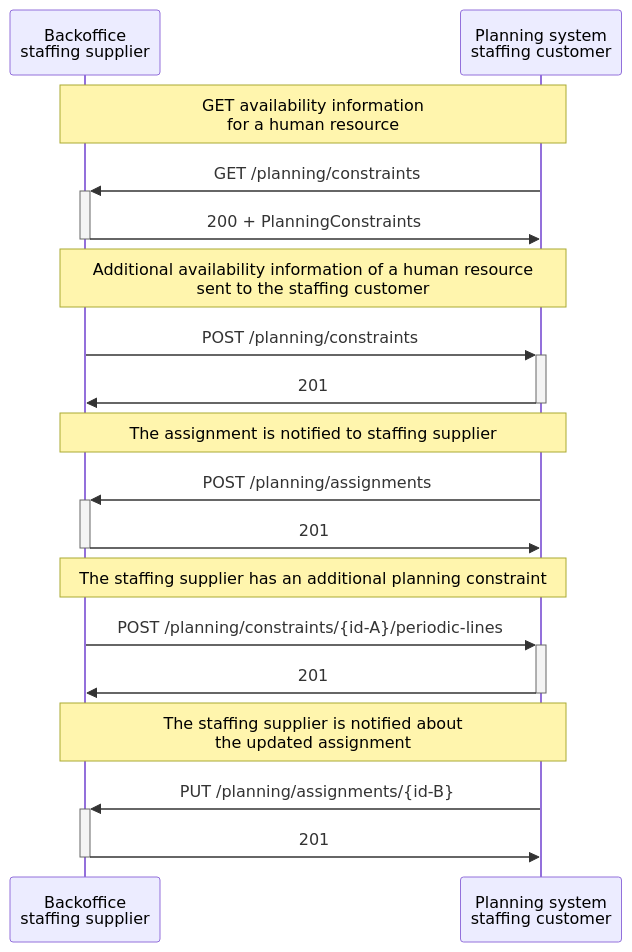
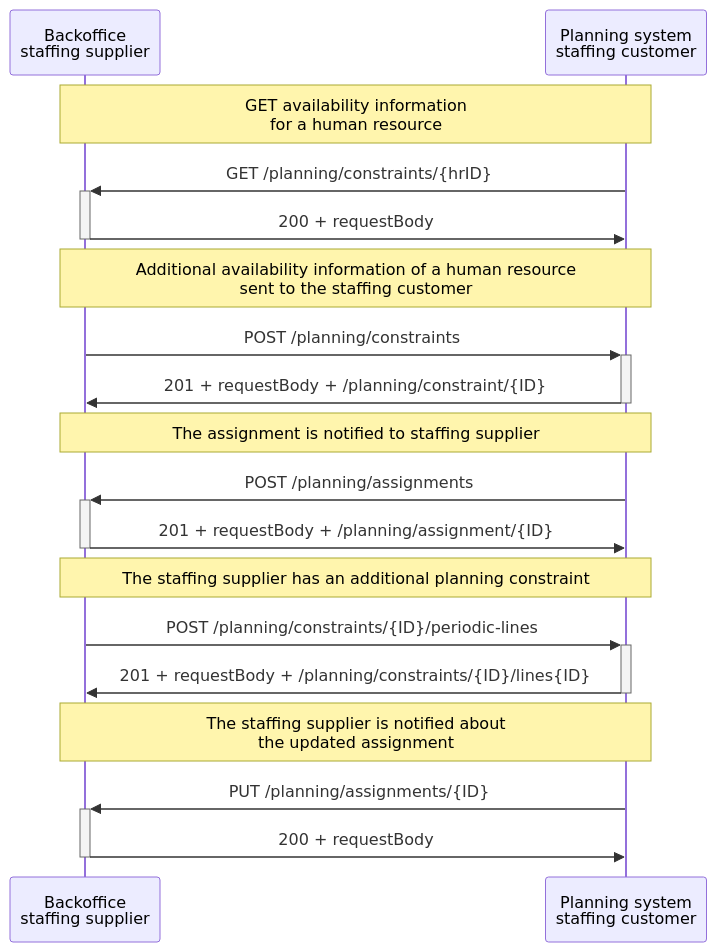
One commit to setu-standards/documentation changed the diagram in app/docs/planning/Scenario 2/StaffingSupplier_and_StaffingCustomer.md. Above: the diagram before and after it, drawn with Mermaid. The commit also changed other lines of this file and 2 other files, not shown here.

Commit message:
Consistency of identifier usage throughout docs

````diff
--- a/app/docs/planning/Scenario 2/StaffingSupplier_and_StaffingCustomer.md
+++ b/app/docs/planning/Scenario 2/StaffingSupplier_and_StaffingCustomer.md
@@ -17,26 +19,26 @@
 ```mermaid
 sequenceDiagram
    participant Customer as Backoffice <br/> staffing supplier
     participant Planning as Planning system <br/> staffing customer
 
      Note over Customer,Planning: GET availability information <br/> for a human resource
-    Planning ->>+ Customer: GET /planning/constraints
-    Customer ->>- Planning: 200 + PlanningConstraints
+    Planning ->>+ Customer: GET /planning/constraints/{hrID}
+    Customer ->>- Planning: 200 + requestBody
 
     Note over Customer,Planning: Additional availability information of a human resource <br/> sent to the staffing customer
     Customer ->>+ Planning: POST /planning/constraints
-    Planning ->>- Customer: 201
+    Planning ->>- Customer: 201 + requestBody + /planning/constraint/{ID}
 
     Note over Customer,Planning: The assignment is notified to staffing supplier
     Planning ->>+ Customer: POST /planning/assignments
-    Customer ->>- Planning: 201
+    Customer ->>- Planning: 201 + requestBody + /planning/assignment/{ID}
 
     Note over Customer,Planning: The staffing supplier has an additional planning constraint
-    Customer ->>+ Planning: POST /planning/constraints/{id-A}/periodic-lines
-    Planning ->>- Customer: 201
+    Customer ->>+ Planning: POST /planning/constraints/{ID}/periodic-lines
+    Planning ->>- Customer: 201 + requestBody + /planning/constraints/{ID}/lines{ID}
 
     Note over Customer,Planning: The staffing supplier is notified about <br/> the updated assignment
-    Planning ->>+ Customer: PUT /planning/assignments/{id-B}
-    Customer ->>- Planning: 201
+    Planning ->>+ Customer: PUT /planning/assignments/{ID}
+    Customer ->>- Planning: 200 + requestBody
 
 ```
````
